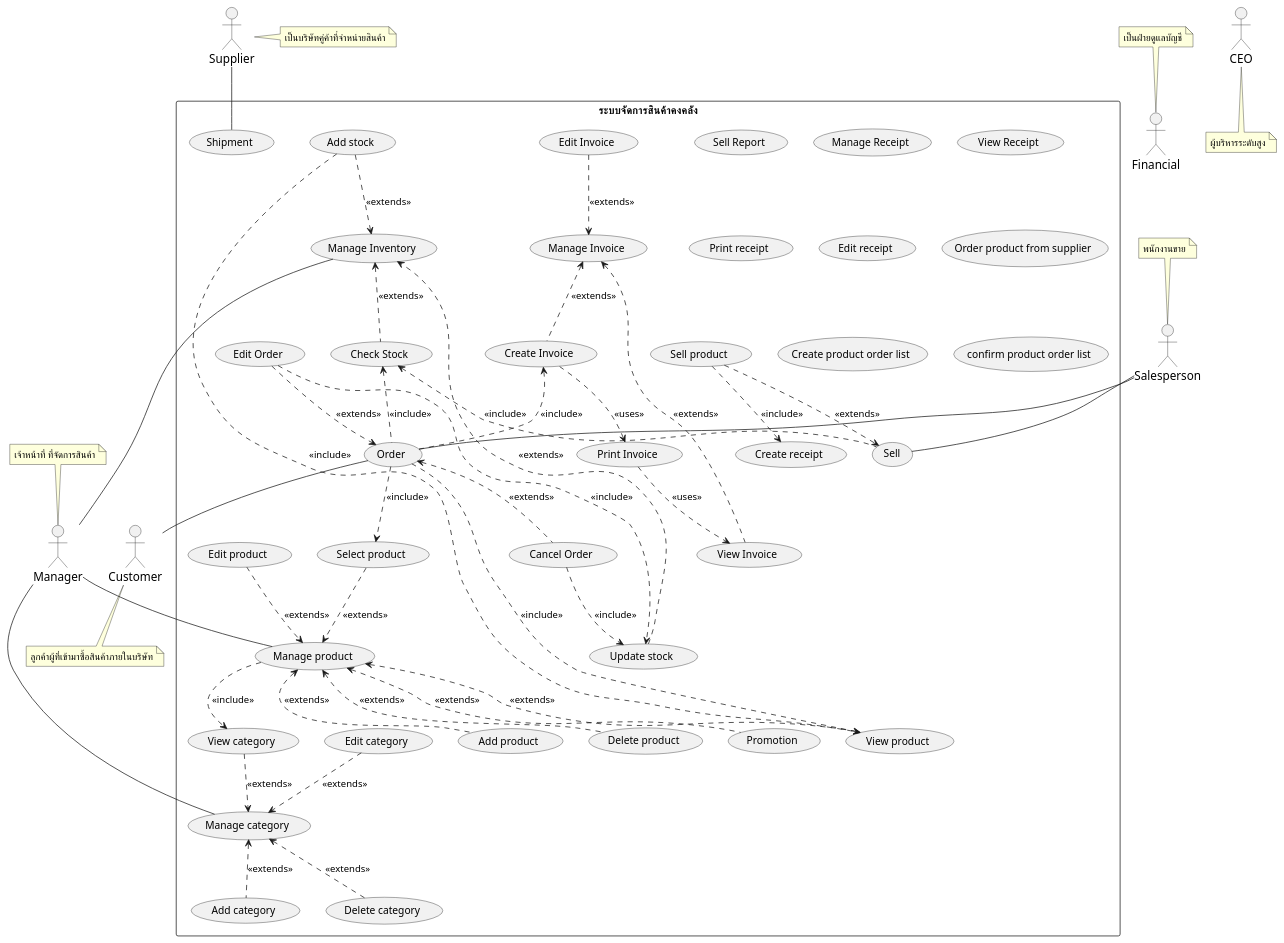
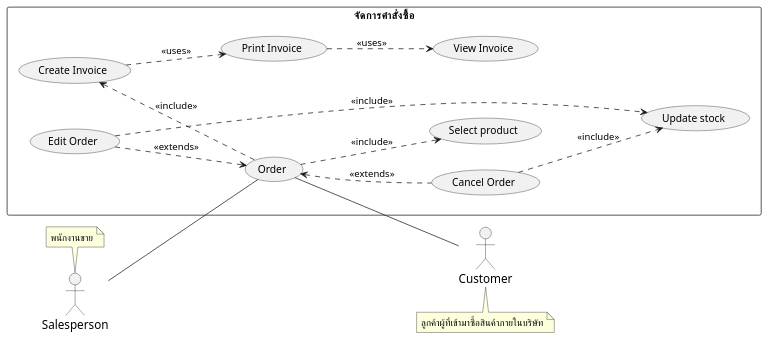
One commit to billowdev/inventory-system-plantuml-sequelize-seeder-example changed the diagram in system-analysis/usecase/_4_usecase-order.puml. Above: the diagram before and after it, drawn with PlantUML. The commit also changed 4 other files, not shown here.

Commit message:
extract usecase order

```diff
--- a/system-analysis/usecase/_4_usecase-order.puml
+++ b/system-analysis/usecase/_4_usecase-order.puml
@@ -1,195 +1,79 @@
 @startuml
 'https://plantuml.com/usecase-diagram
+left to right direction
 
 skinparam sequence {
     ParticipantFontName Thai
     ParticipantFontSize 16
     ActorFontSize 16
     ActorFontName Thai
 }
 'skinparam linetype polyline
 'skinparam linetype ortho
 
 skinparam Participant{
     FontColor #efefef
     BorderColor #c0c0c0
 }
 skinparam Sequence{
     ParticipantBorderThickness .5
     LifeLineBorderColor #8a8a8a
 }
 
-' =================== Customer ===================
-' role - ผู้ที่เข้ามาเพื่อซื้อสินค้าภายในบริษัท
-' duty - ทำให้เกิดการซื้อขายสินค้า
 actor Customer as actorCustomer
 note bottom of actorCustomer : ลูกค้าผู้ที่เข้ามาซื้อสินค้าภายในบริษัท
-' =================== Manager ===================
-' role - เจ้าหน้าที่ ที่จัดการสินค้า ให้คงคลังสินค้าอยู่เสมอ
-' duty - บริหารจัดการ stock สินค้า ทั้งการจำหน่ายออก และการรับสินค้ารวมถึงการ
-' ออกใบสั่งของ การเช็คสินค้าและการทำรายงานต่างๆ
-actor Manager as actorManager
-note top of actorManager : เจ้าหน้าที่ ที่จัดการสินค้า
-' =================== Supplier ===================
-' role - เป็นบริษัทคู่ค้าที่จำหน่ายสินค้าหรือวัตถุดิบให้กับบริษัท
-' duty - ขายและจัดส่งสินค้าตามใบสั่งของ
-actor Supplier as actorSupplier
-note right of actorSupplier : เป็นบริษัทคู่ค้าที่จำหน่ายสินค้า
-' =================== Financial ===================
-' role - เป็นฝ่ายดูแลบัญชีและการเงินของบริษัท
-' duty - รับข้อมูลการซื้อและขายสินค้า
-actor Financial as actorFinancial
-note top of actorFinancial : เป็นฝ่ายดูแลบัญชี
 
 actor Salesperson as actorSalesperson
 note top of actorSalesperson : พนักงานขาย
 
-actor CEO as actorCEO
-note bottom of actorCEO : ผู้บริหารระดับสูง
-
-
 ' =================== Stock System ===================
-rectangle "ระบบจัดการสินค้าคงคลัง" as stockSystem {
-
-    ' ================ Selling ================
-    ' กระบวนการขายสินค้า
-    usecase (Sell) as (usecaseSell)
-    '    note bottom of usecaseSell : กระบวนการขายสินค้า
-
-    ' ================ Reporting ================
-    '   การทำรายงาน
-    usecase (Sell Report) as (usecaseSellReport)
-
-    '    การขายสินค้า
-    usecase (Sell product) as (usecaseSellProduct)
-    '    การตรวจสอบยอดสินค้า
-
-    '    ออกใบเสร็จ
-    usecase (Manage Receipt) as (usecaseReceipt)
-    usecase (View Receipt) as (usecaseViewReceipt)
-    usecase (Print receipt) as (usecasePrintReceipt)
-    usecase (Edit receipt) as (usecaseEditReceipt)
-    usecase (Create receipt) as (usecaseCreateReceipt)
+rectangle "จัดการคำสั่งซื้อ" as stockSystem {
 
     ' ================ Invoice ================
-    usecase (Manage Invoice) as (usecaseInvoice)
     usecase (View Invoice) as (usecaseViewInvoice)
     usecase (Create Invoice) as (usecaseCreateInvoice)
-    usecase (Edit Invoice) as (usecaseEditInvoice)
     usecase (Print Invoice) as (usecasePrintInvoice)
 
     ' ================ Ordering ================
     '    การสั่งซื้อสินค้า
 
     usecase (Order) as (usecaseOrder)
     '    note bottom of usecaseOrder : การสั่งซื้อสินค้า
     usecase (Edit Order) as (usecaseEditOrder)
     usecase (Cancel Order) as (usecaseDeleteOrder)
 
-    usecase (Order product from supplier) as (usecaseOrderProductFromSupplier)
-    usecase (Create product order list) as (usecaseCreateProductOrderList)
-    usecase (confirm product order list) as (usecaseConfirmOrderList)
+    ' ================ Stock ================
 
-    ' ================ Stock ================
-    usecase (Manage Inventory) as (usecaseInventory)
-    usecase (Check Stock) as (usecaseCheckStock)
-    usecase (Add stock) as (usecaseAddStock)
     usecase (Update stock) as (usecaseUpdateStock)
 
-    ' ================ Product ================
-    usecase (Manage product) as (usecaseProduct)
-    usecase (View product) as (usecaseViewProduct)
-    usecase (Add product) as (usecaseAddProduct)
-    usecase (Edit product) as (usecaseUpdateProduct)
-    usecase (Delete product) as (usecaseDeleteProduct)
+
     usecase (Select product) as (usecaseSelectProduct)
 
-    usecase (Promotion) as (usecasePromotion)
 
-    ' ================ Category ================
-    usecase (Manage category) as (usecaseCategory)
-    usecase (View category) as (usecaseViewCategory)
-    usecase (Add category) as (usecaseAddCategory)
-    usecase (Edit category) as (usecaseUpdateCategory)
-    usecase (Delete category) as (usecaseDeleteCategory)
-
-
-    ' ================ Shipment ================
-    usecase (Shipment) as (usecaseShipment)
-
-
-    '===========================================================
-    ' ===                  Associate Flow                    ===
-    '===========================================================
-
-
-    ' ================ Product ================
-    actorManager -- (usecaseProduct)
-    (usecaseProduct) <.. (usecaseAddProduct)  : <<extends>>
-    (usecaseUpdateProduct) ..> (usecaseProduct) : <<extends>>
-    (usecaseProduct) <.. (usecaseDeleteProduct)  : <<extends>>
-    (usecaseSelectProduct) ..> (usecaseProduct) : <<extends>>
-    (usecaseProduct) <.. (usecaseViewProduct) : <<extends>>
-
-    (usecaseProduct) ..> (usecaseViewCategory) : <<include>>
-    (usecaseProduct) <.. (usecasePromotion) : <<extends>>
-
-
-    ' ================ Category ================
-    actorManager -- (usecaseCategory)
-    (usecaseCategory) <.. (usecaseAddCategory)  : <<extends>>
-    (usecaseUpdateCategory) ..> (usecaseCategory) : <<extends>>
-    (usecaseCategory) <.. (usecaseDeleteCategory)  : <<extends>>
-    (usecaseViewCategory)  ..> (usecaseCategory) : <<extends>>
-
-
-    ' ================ Stock ================
-    actorSupplier -down- (usecaseShipment)
-    (usecaseInventory) - actorManager
-
-    (usecaseAddStock) ..> (usecaseInventory) : <<extends>>
-    (usecaseAddStock) ..> (usecaseViewProduct) : <<include>>
-    (usecaseUpdateStock) ..> (usecaseInventory) : <<extends>>
-    (usecaseInventory) <.. (usecaseCheckStock) : <<extends>>
-
-    ' ================ Sell ================
-    (usecaseSellProduct) ..> (usecaseSell) : <<extends>>
-    (usecaseCheckStock) <.. (usecaseSell)    : <<include>>
-
-    (usecaseSellProduct)  ..> (usecaseCreateReceipt) : <<include>>
-
-    '   ความสัมพันธ์ระหว่าง actor และ usecase ในส่วนของการขาย
-    actorSalesperson - (usecaseSell)
-
-    '   การลงรับสินค้า เป็นส่วนหนึ่งของกระบวนการสั่งซื้อสินค้า
-    (usecaseOrder) ..> (usecaseSelectProduct) : <<include>>
-    (usecaseViewProduct) <.. (usecaseOrder) : <<include>>
-
-    '   การปรับปรุงยอดสินค้า เป็นส่วนหนึ่งของกระบวนการสั่งซื้อสินค้า
-    (usecaseCheckStock) <.. (usecaseOrder) : <<include>>
 
     ' ================ Order ================
     (usecaseOrder) <.. (usecaseDeleteOrder) : <<extends>>
     (usecaseEditOrder) ..> (usecaseOrder) : <<extends>>
     (usecaseEditOrder) ..> (usecaseUpdateStock) : <<include>>
     (usecaseDeleteOrder) ..> (usecaseUpdateStock) : <<include>>
     (usecaseCreateInvoice) <.. (usecaseOrder) : <<include>>
 
     ' ===  ความสัมพันธ์ระหว่าง actor และ usecase ในส่วนของการสั่งซื้อสินค้า ===
     actorSalesperson -- (usecaseOrder)
     (usecaseOrder) -- actorCustomer
 
+  (usecaseOrder) ..> (usecaseSelectProduct) : <<include>>
+
+
     ' ================ Invoice ================
-    (usecaseInvoice) <.. (usecaseViewInvoice) : <<extends>>
-    (usecaseInvoice)  <..   (usecaseCreateInvoice): <<extends>>
-    (usecaseEditInvoice) ..> (usecaseInvoice) : <<extends>>
 
     (usecaseCreateInvoice) ..> (usecasePrintInvoice) : <<uses>>
     (usecasePrintInvoice) ..> (usecaseViewInvoice) : <<uses>>
 
 
 
 
+
 }
 
 @enduml
```
